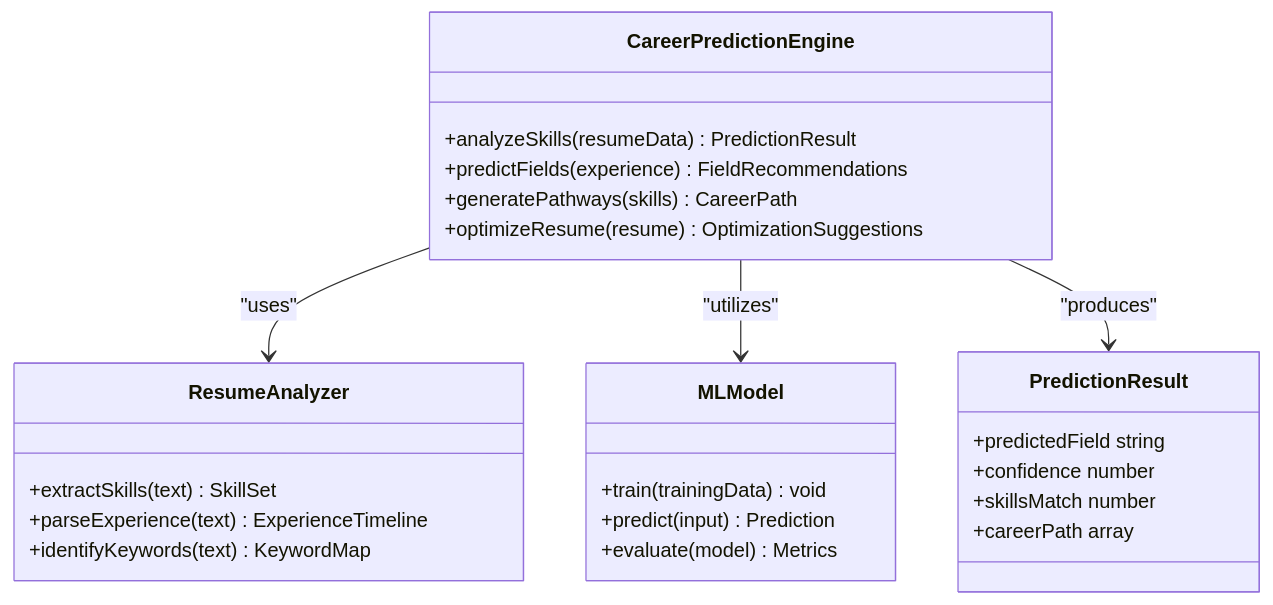
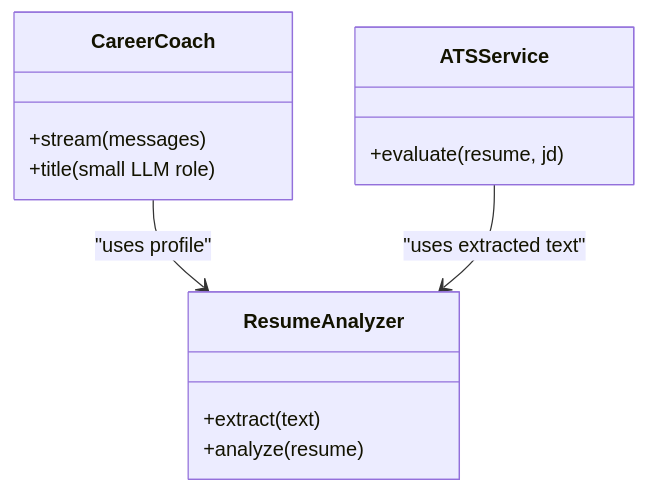
One commit to tashifkhan/tashif.codes changed the fourth of 5 diagrams in src/data/docs/talentsync/Project Overview/Project Overview.md. Above: the diagram before and after it, drawn with Mermaid. The commit also changed other lines of this file and 2128 other files, not shown here.

First line of the commit message:
docs: replace raster diagram images with native Mermaid across project guides

````diff
--- a/src/data/docs/talentsync/Project Overview/Project Overview.md
+++ b/src/data/docs/talentsync/Project Overview/Project Overview.md
@@ -144,28 +120,16 @@
 ```mermaid
 classDiagram
-class CareerPredictionEngine {
-+analyzeSkills(resumeData) PredictionResult
-+predictFields(experience) FieldRecommendations
-+generatePathways(skills) CareerPath
-+optimizeResume(resume) OptimizationSuggestions
+class CareerCoach {
++stream(messages)
++title(small LLM role)
 }
 class ResumeAnalyzer {
-+extractSkills(text) SkillSet
-+parseExperience(text) ExperienceTimeline
-+identifyKeywords(text) KeywordMap
++extract(text)
++analyze(resume)
 }
-class MLModel {
-+train(trainingData) void
-+predict(input) Prediction
-+evaluate(model) Metrics
+class ATSService {
++evaluate(resume, jd)
 }
-class PredictionResult {
-+predictedField string
-+confidence number
-+skillsMatch number
-+careerPath array
-}
-CareerPredictionEngine --> ResumeAnalyzer : "uses"
-CareerPredictionEngine --> MLModel : "utilizes"
-CareerPredictionEngine --> PredictionResult : "produces"
+CareerCoach --> ResumeAnalyzer : "uses profile"
+ATSService --> ResumeAnalyzer : "uses extracted text"
 ```
````
